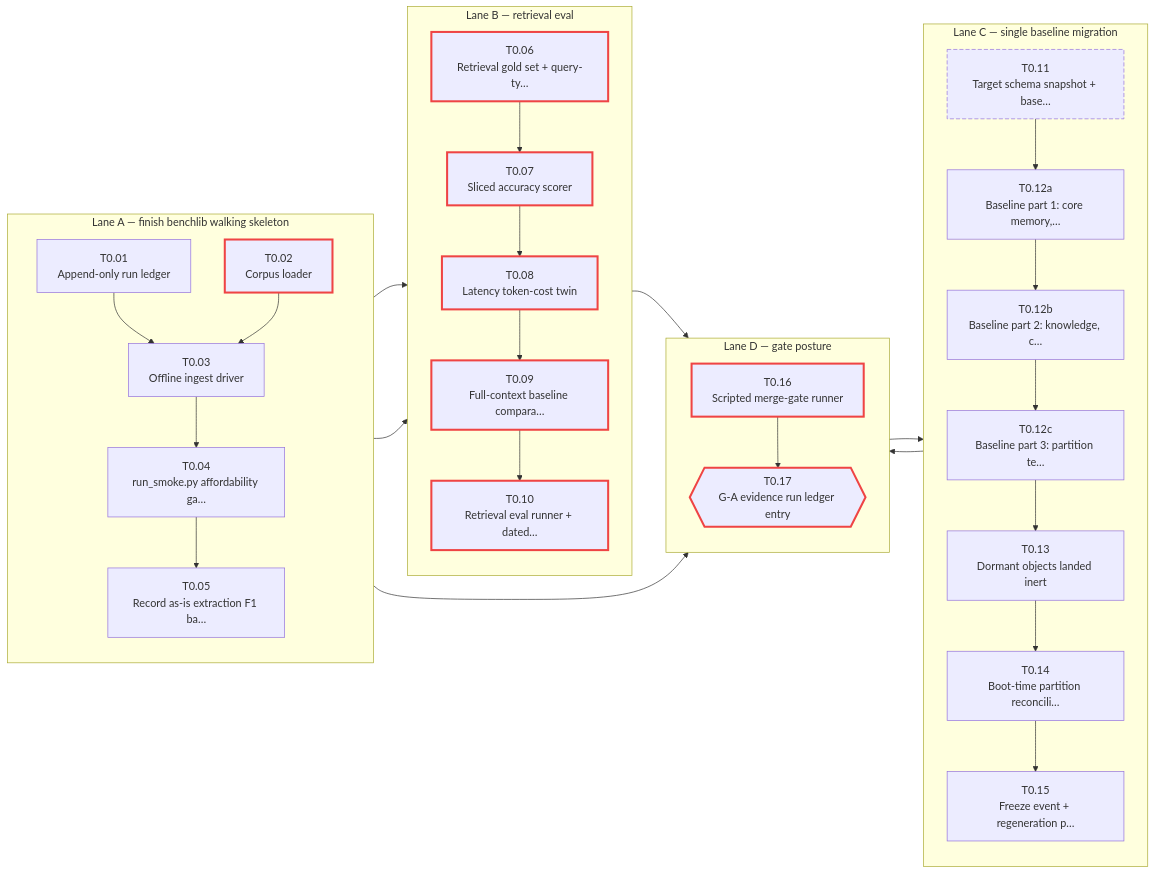
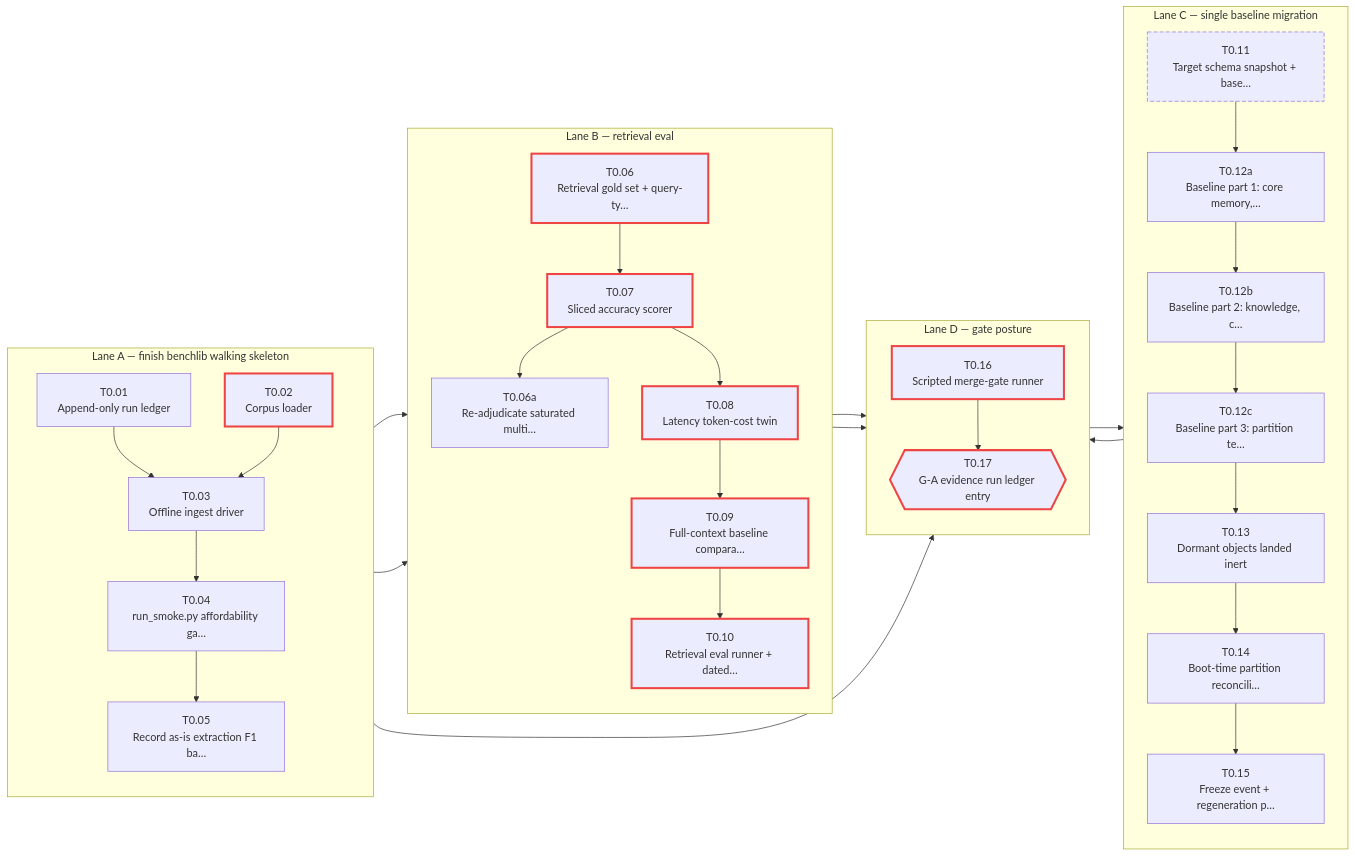
Before and after one commit to darkraise/darkmem: the second of 7 diagrams in docs/planning/risks-and-lanes.md, drawn with Mermaid. The commit also changed other lines of this file and 3 other files, not shown here.

````diff
--- a/docs/planning/risks-and-lanes.md
+++ b/docs/planning/risks-and-lanes.md
@@ -207,60 +207,63 @@
 ```mermaid
 flowchart LR
     subgraph LE0A["Lane A — finish benchlib walking skeleton"]
     direction TB
         T0_01["T0.01<br/>Append-only run ledger"]
         T0_02["T0.02<br/>Corpus loader"]
         T0_03["T0.03<br/>Offline ingest driver"]
         T0_04["T0.04<br/>run_smoke.py affordability ga…"]
         T0_05["T0.05<br/>Record as-is extraction F1 ba…"]
     end
     subgraph LE0B["Lane B — retrieval eval"]
     direction TB
         T0_06["T0.06<br/>Retrieval gold set + query-ty…"]
+        T0_06a["T0.06a<br/>Re-adjudicate saturated multi…"]
         T0_07["T0.07<br/>Sliced accuracy scorer"]
         T0_08["T0.08<br/>Latency token-cost twin"]
         T0_09["T0.09<br/>Full-context baseline compara…"]
         T0_10["T0.10<br/>Retrieval eval runner + dated…"]
     end
     subgraph LE0C["Lane C — single baseline migration"]
     direction TB
         T0_11["T0.11<br/>Target schema snapshot + base…"]
         T0_12a["T0.12a<br/>Baseline part 1: core memory,…"]
         T0_12b["T0.12b<br/>Baseline part 2: knowledge, c…"]
         T0_12c["T0.12c<br/>Baseline part 3: partition te…"]
         T0_13["T0.13<br/>Dormant objects landed inert"]
         T0_14["T0.14<br/>Boot-time partition reconcili…"]
         T0_15["T0.15<br/>Freeze event + regeneration p…"]
     end
     subgraph LE0D["Lane D — gate posture"]
     direction TB
         T0_16["T0.16<br/>Scripted merge-gate runner"]
         T0_17{{"T0.17<br/>G-A evidence run ledger entry"}}
     end
     T0_01 --> T0_03
     T0_02 --> T0_03
     T0_03 --> T0_04
     T0_04 --> T0_05
     T0_02 --> T0_06
+    T0_07 --> T0_06a
     T0_06 --> T0_07
     T0_07 --> T0_08
     T0_03 --> T0_09
     T0_08 --> T0_09
     T0_09 --> T0_10
     T0_11 --> T0_12a
     T0_12a --> T0_12b
     T0_12b --> T0_12c
     T0_12c --> T0_13
     T0_13 --> T0_14
     T0_14 --> T0_15
     T0_16 --> T0_15
     T0_10 --> T0_16
     T0_14 --> T0_16
     T0_05 --> T0_17
     T0_16 --> T0_17
+    T0_06a --> T0_17
     classDef crit stroke:#ef4444,stroke-width:3px
     classDef large stroke-dasharray:6 3
     classDef ext fill:#1f2937,stroke:#4b5563,color:#9ca3af,opacity:0.7
     class T0_02,T0_06,T0_07,T0_08,T0_09,T0_10,T0_16,T0_17 crit
     class T0_11 large
 ```
````
